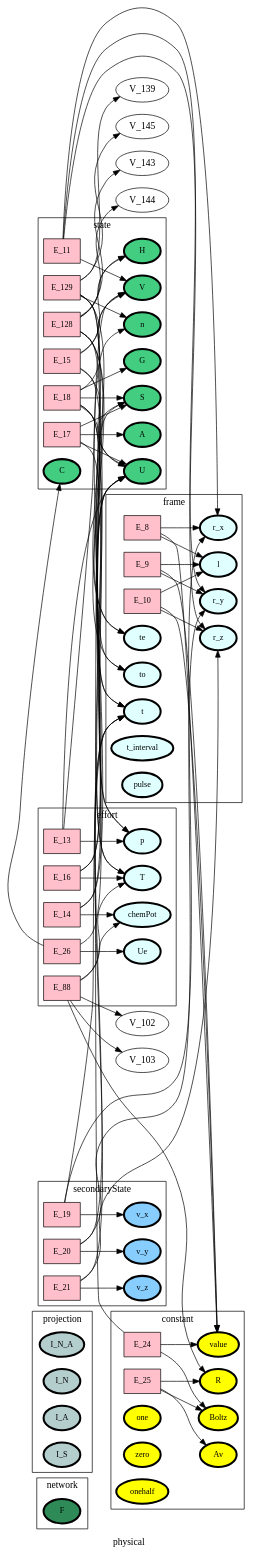
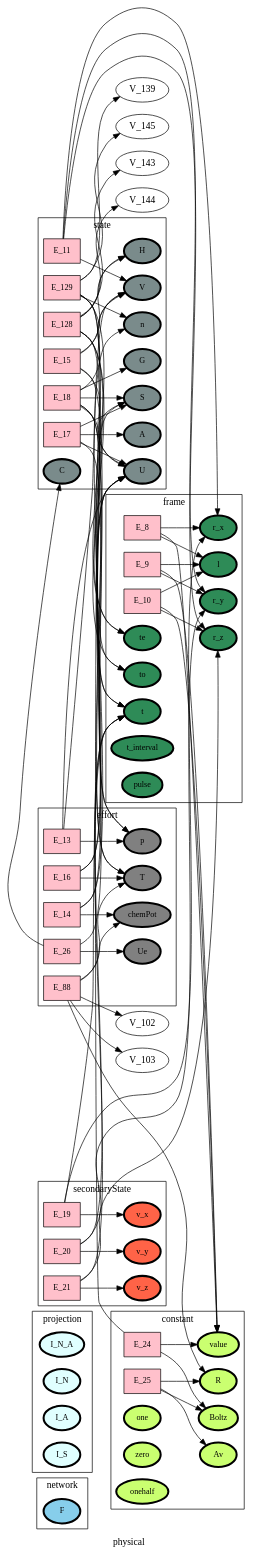
Before and after one commit to heinz-preisig/sandbox21: the diagram in ontology_graphs/graph__physical.dot, drawn with Graphviz. The commit also changed 79 other files, not shown here.

```diff
--- a/ontology_graphs/graph__physical.dot
+++ b/ontology_graphs/graph__physical.dot
@@ -1,180 +1,180 @@
 digraph physical {
 label=physical;
 rankdir=LR;
 subgraph cluster_physical___network {
 label=network;
 rankdir=LR;
-V_10 [fillcolor=seagreen4, fontsize=12, label=F, penwidth=3, style=filled];
+V_10 [fillcolor=skyblue, fontsize=12, label=F, penwidth=3, style=filled];
 }
 
 subgraph cluster_physical___projection {
 label=projection;
 rankdir=LR;
-V_48 [fillcolor=lightcyan3, fontsize=12, label=I_N_A, penwidth=3, style=filled];
-V_96 [fillcolor=lightcyan3, fontsize=12, label=I_N, penwidth=3, style=filled];
-V_97 [fillcolor=lightcyan3, fontsize=12, label=I_A, penwidth=3, style=filled];
-V_98 [fillcolor=lightcyan3, fontsize=12, label=I_S, penwidth=3, style=filled];
+V_48 [fillcolor=lightcyan, fontsize=12, label=I_N_A, penwidth=3, style=filled];
+V_96 [fillcolor=lightcyan, fontsize=12, label=I_N, penwidth=3, style=filled];
+V_97 [fillcolor=lightcyan, fontsize=12, label=I_A, penwidth=3, style=filled];
+V_98 [fillcolor=lightcyan, fontsize=12, label=I_S, penwidth=3, style=filled];
 }
 
 subgraph cluster_physical___differenceOperator {
 label=differenceOperator;
 rankdir=LR;
 }
 
 E_8 -> V_1  [splines=ortho];
 E_8 -> V_11  [splines=ortho];
 E_9 -> V_1  [splines=ortho];
 E_9 -> V_11  [splines=ortho];
 E_10 -> V_1  [splines=ortho];
 E_10 -> V_11  [splines=ortho];
 subgraph cluster_physical___frame {
 label=frame;
 rankdir=LR;
-V_11 [fillcolor=lightcyan1, fontsize=12, label=l, penwidth=3, style=filled];
-V_12 [fillcolor=lightcyan1, fontsize=12, label=r_x, penwidth=3, style=filled];
-V_13 [fillcolor=lightcyan1, fontsize=12, label=r_y, penwidth=3, style=filled];
-V_14 [fillcolor=lightcyan1, fontsize=12, label=r_z, penwidth=3, style=filled];
-V_4 [fillcolor=lightcyan1, fontsize=12, label=t, penwidth=3, style=filled];
-V_5 [fillcolor=lightcyan1, fontsize=12, label=to, penwidth=3, style=filled];
-V_6 [fillcolor=lightcyan1, fontsize=12, label=te, penwidth=3, style=filled];
-V_7 [fillcolor=lightcyan1, fontsize=12, label=t_interval, penwidth=3, style=filled];
-V_9 [fillcolor=lightcyan1, fontsize=12, label=pulse, penwidth=3, style=filled];
+V_11 [fillcolor=seagreen4, fontsize=12, label=l, penwidth=3, style=filled];
+V_12 [fillcolor=seagreen4, fontsize=12, label=r_x, penwidth=3, style=filled];
+V_13 [fillcolor=seagreen4, fontsize=12, label=r_y, penwidth=3, style=filled];
+V_14 [fillcolor=seagreen4, fontsize=12, label=r_z, penwidth=3, style=filled];
+V_4 [fillcolor=seagreen4, fontsize=12, label=t, penwidth=3, style=filled];
+V_5 [fillcolor=seagreen4, fontsize=12, label=to, penwidth=3, style=filled];
+V_6 [fillcolor=seagreen4, fontsize=12, label=te, penwidth=3, style=filled];
+V_7 [fillcolor=seagreen4, fontsize=12, label=t_interval, penwidth=3, style=filled];
+V_9 [fillcolor=seagreen4, fontsize=12, label=pulse, penwidth=3, style=filled];
 E_8 [fillcolor=pink, fontsize=12, shape=box, style=filled];
 E_8 -> V_12  [splines=ortho];
 E_9 [fillcolor=pink, fontsize=12, shape=box, style=filled];
 E_9 -> V_13  [splines=ortho];
 E_10 [fillcolor=pink, fontsize=12, shape=box, style=filled];
 E_10 -> V_14  [splines=ortho];
 }
 
 E_11 -> V_12  [splines=ortho];
 E_11 -> V_13  [splines=ortho];
 E_11 -> V_14  [splines=ortho];
 E_129 -> V_139  [splines=ortho];
 E_129 -> V_145  [splines=ortho];
 E_129 -> V_4  [splines=ortho];
 E_129 -> V_5  [splines=ortho];
 E_129 -> V_6  [splines=ortho];
 E_15 -> V_15  [splines=ortho];
 E_15 -> V_16  [splines=ortho];
 E_15 -> V_20  [splines=ortho];
 E_128 -> V_143  [splines=ortho];
 E_128 -> V_144  [splines=ortho];
 E_128 -> V_4  [splines=ortho];
 E_128 -> V_5  [splines=ortho];
 E_128 -> V_6  [splines=ortho];
 E_17 -> V_16  [splines=ortho];
 E_17 -> V_17  [splines=ortho];
 E_17 -> V_19  [splines=ortho];
 E_18 -> V_15  [splines=ortho];
 E_18 -> V_16  [splines=ortho];
 E_18 -> V_17  [splines=ortho];
 E_18 -> V_19  [splines=ortho];
 E_18 -> V_20  [splines=ortho];
 subgraph cluster_physical___state {
 label=state;
 rankdir=LR;
-V_15 [fillcolor=seagreen3, fontsize=12, label=V, penwidth=3, style=filled];
-V_16 [fillcolor=seagreen3, fontsize=12, label=U, penwidth=3, style=filled];
-V_17 [fillcolor=seagreen3, fontsize=12, label=S, penwidth=3, style=filled];
-V_18 [fillcolor=seagreen3, fontsize=12, label=n, penwidth=3, style=filled];
-V_22 [fillcolor=seagreen3, fontsize=12, label=H, penwidth=3, style=filled];
-V_23 [fillcolor=seagreen3, fontsize=12, label=A, penwidth=3, style=filled];
-V_24 [fillcolor=seagreen3, fontsize=12, label=G, penwidth=3, style=filled];
-V_25 [fillcolor=seagreen3, fontsize=12, label=C, penwidth=3, style=filled];
+V_15 [fillcolor=lightcyan4, fontsize=12, label=V, penwidth=3, style=filled];
+V_16 [fillcolor=lightcyan4, fontsize=12, label=U, penwidth=3, style=filled];
+V_17 [fillcolor=lightcyan4, fontsize=12, label=S, penwidth=3, style=filled];
+V_18 [fillcolor=lightcyan4, fontsize=12, label=n, penwidth=3, style=filled];
+V_22 [fillcolor=lightcyan4, fontsize=12, label=H, penwidth=3, style=filled];
+V_23 [fillcolor=lightcyan4, fontsize=12, label=A, penwidth=3, style=filled];
+V_24 [fillcolor=lightcyan4, fontsize=12, label=G, penwidth=3, style=filled];
+V_25 [fillcolor=lightcyan4, fontsize=12, label=C, penwidth=3, style=filled];
 E_11 [fillcolor=pink, fontsize=12, shape=box, style=filled];
 E_11 -> V_15  [splines=ortho];
 E_129 [fillcolor=pink, fontsize=12, shape=box, style=filled];
 E_129 -> V_18  [splines=ortho];
 E_15 [fillcolor=pink, fontsize=12, shape=box, style=filled];
 E_15 -> V_22  [splines=ortho];
 E_128 [fillcolor=pink, fontsize=12, shape=box, style=filled];
 E_128 -> V_22  [splines=ortho];
 E_17 [fillcolor=pink, fontsize=12, shape=box, style=filled];
 E_17 -> V_23  [splines=ortho];
 E_18 [fillcolor=pink, fontsize=12, shape=box, style=filled];
 E_18 -> V_24  [splines=ortho];
 }
 
 E_24 -> V_1  [splines=ortho];
 E_24 -> V_17  [splines=ortho];
 E_25 -> V_32  [splines=ortho];
 E_25 -> V_33  [splines=ortho];
 subgraph cluster_physical___constant {
 label=constant;
 rankdir=LR;
-V_1 [fillcolor=yellow, fontsize=12, label=value, penwidth=3, style=filled];
-V_2 [fillcolor=yellow, fontsize=12, label=one, penwidth=3, style=filled];
-V_3 [fillcolor=yellow, fontsize=12, label=zero, penwidth=3, style=filled];
-V_32 [fillcolor=yellow, fontsize=12, label=Av, penwidth=3, style=filled];
-V_33 [fillcolor=yellow, fontsize=12, label=Boltz, penwidth=3, style=filled];
-V_34 [fillcolor=yellow, fontsize=12, label=R, penwidth=3, style=filled];
-V_8 [fillcolor=yellow, fontsize=12, label=onehalf, penwidth=3, style=filled];
+V_1 [fillcolor=darkolivegreen1, fontsize=12, label=value, penwidth=3, style=filled];
+V_2 [fillcolor=darkolivegreen1, fontsize=12, label=one, penwidth=3, style=filled];
+V_3 [fillcolor=darkolivegreen1, fontsize=12, label=zero, penwidth=3, style=filled];
+V_32 [fillcolor=darkolivegreen1, fontsize=12, label=Av, penwidth=3, style=filled];
+V_33 [fillcolor=darkolivegreen1, fontsize=12, label=Boltz, penwidth=3, style=filled];
+V_34 [fillcolor=darkolivegreen1, fontsize=12, label=R, penwidth=3, style=filled];
+V_8 [fillcolor=darkolivegreen1, fontsize=12, label=onehalf, penwidth=3, style=filled];
 E_24 [fillcolor=pink, fontsize=12, shape=box, style=filled];
 E_24 -> V_33  [splines=ortho];
 E_25 [fillcolor=pink, fontsize=12, shape=box, style=filled];
 E_25 -> V_34  [splines=ortho];
 }
 
 E_16 -> V_16  [splines=ortho];
 E_16 -> V_17  [splines=ortho];
 E_13 -> V_15  [splines=ortho];
 E_13 -> V_16  [splines=ortho];
 E_14 -> V_16  [splines=ortho];
 E_14 -> V_18  [splines=ortho];
 E_88 -> V_102  [splines=ortho];
 E_88 -> V_103  [splines=ortho];
 E_88 -> V_19  [splines=ortho];
 E_88 -> V_34  [splines=ortho];
 E_26 -> V_16  [splines=ortho];
 E_26 -> V_25  [splines=ortho];
 subgraph cluster_physical___effort {
 label=effort;
 rankdir=LR;
-V_19 [fillcolor=lightcyan, fontsize=12, label=T, penwidth=3, style=filled];
-V_20 [fillcolor=lightcyan, fontsize=12, label=p, penwidth=3, style=filled];
-V_21 [fillcolor=lightcyan, fontsize=12, label=chemPot, penwidth=3, style=filled];
-V_35 [fillcolor=lightcyan, fontsize=12, label=Ue, penwidth=3, style=filled];
+V_19 [fillcolor=grey, fontsize=12, label=T, penwidth=3, style=filled];
+V_20 [fillcolor=grey, fontsize=12, label=p, penwidth=3, style=filled];
+V_21 [fillcolor=grey, fontsize=12, label=chemPot, penwidth=3, style=filled];
+V_35 [fillcolor=grey, fontsize=12, label=Ue, penwidth=3, style=filled];
 E_16 [fillcolor=pink, fontsize=12, shape=box, style=filled];
 E_16 -> V_19  [splines=ortho];
 E_13 [fillcolor=pink, fontsize=12, shape=box, style=filled];
 E_13 -> V_20  [splines=ortho];
 E_14 [fillcolor=pink, fontsize=12, shape=box, style=filled];
 E_14 -> V_21  [splines=ortho];
 E_88 [fillcolor=pink, fontsize=12, shape=box, style=filled];
 E_88 -> V_21  [splines=ortho];
 E_26 [fillcolor=pink, fontsize=12, shape=box, style=filled];
 E_26 -> V_35  [splines=ortho];
 }
 
 E_19 -> V_12  [splines=ortho];
 E_19 -> V_4  [splines=ortho];
 E_20 -> V_13  [splines=ortho];
 E_20 -> V_4  [splines=ortho];
 E_21 -> V_14  [splines=ortho];
 E_21 -> V_4  [splines=ortho];
 subgraph cluster_physical___secondaryState {
 label=secondaryState;
 rankdir=LR;
-V_27 [fillcolor=skyblue1, fontsize=12, label=v_x, penwidth=3, style=filled];
-V_28 [fillcolor=skyblue1, fontsize=12, label=v_y, penwidth=3, style=filled];
-V_29 [fillcolor=skyblue1, fontsize=12, label=v_z, penwidth=3, style=filled];
+V_27 [fillcolor=tomato, fontsize=12, label=v_x, penwidth=3, style=filled];
+V_28 [fillcolor=tomato, fontsize=12, label=v_y, penwidth=3, style=filled];
+V_29 [fillcolor=tomato, fontsize=12, label=v_z, penwidth=3, style=filled];
 E_19 [fillcolor=pink, fontsize=12, shape=box, style=filled];
 E_19 -> V_27  [splines=ortho];
 E_20 [fillcolor=pink, fontsize=12, shape=box, style=filled];
 E_20 -> V_28  [splines=ortho];
 E_21 [fillcolor=pink, fontsize=12, shape=box, style=filled];
 E_21 -> V_29  [splines=ortho];
 }
 
 subgraph cluster_physical___diffState {
 label=diffState;
 rankdir=LR;
 }
 
 subgraph cluster_physical___conversion {
 label=conversion;
 rankdir=LR;
 }
 
 }
```
